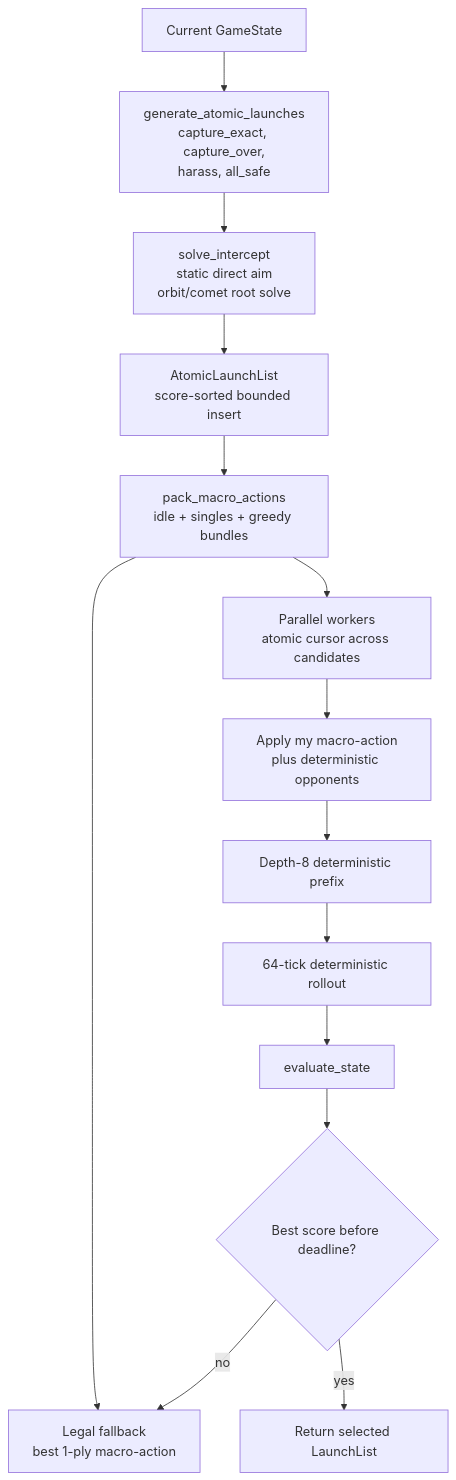
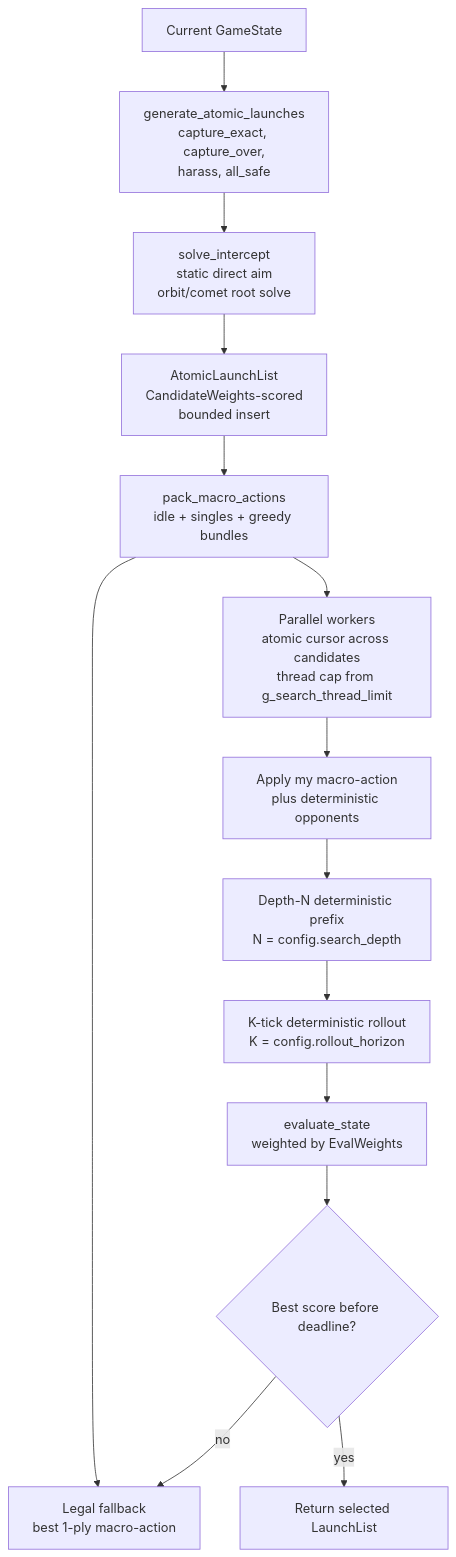
One commit to emanuellcs/orbit-wars-beam-search changed the fourth of 5 diagrams in README.md. Above: the diagram before and after it, drawn with Mermaid. The commit also changed other lines of this file and 18 other files, not shown here.

````diff
--- a/README.md
+++ b/README.md
@@ -220,17 +275,17 @@
 ```mermaid
 flowchart TD
     Root["Current GameState"] --> Atoms["generate_atomic_launches<br/>capture_exact, capture_over,<br/>harass, all_safe"]
     Atoms --> Intercepts["solve_intercept<br/>static direct aim<br/>orbit/comet root solve"]
-    Intercepts --> AtomRank["AtomicLaunchList<br/>score-sorted bounded insert"]
+    Intercepts --> AtomRank["AtomicLaunchList<br/>CandidateWeights-scored<br/>bounded insert"]
     AtomRank --> MacroPack["pack_macro_actions<br/>idle + singles + greedy bundles"]
     MacroPack --> Fallback["Legal fallback<br/>best 1-ply macro-action"]
-    MacroPack --> Workers["Parallel workers<br/>atomic cursor across candidates"]
+    MacroPack --> Workers["Parallel workers<br/>atomic cursor across candidates<br/>thread cap from g_search_thread_limit"]
 
     Workers --> FirstStep["Apply my macro-action<br/>plus deterministic opponents"]
-    FirstStep --> Prefix["Depth-8 deterministic prefix"]
-    Prefix --> Rollout["64-tick deterministic rollout"]
-    Rollout --> Heuristic["evaluate_state"]
+    FirstStep --> Prefix["Depth-N deterministic prefix<br/>N = config.search_depth"]
+    Prefix --> Rollout["K-tick deterministic rollout<br/>K = config.rollout_horizon"]
+    Rollout --> Heuristic["evaluate_state<br/>weighted by EvalWeights"]
     Heuristic --> Best{"Best score before deadline?"}
     Best -- yes --> Selected["Return selected LaunchList"]
     Best -- no --> Fallback
 ```
````
